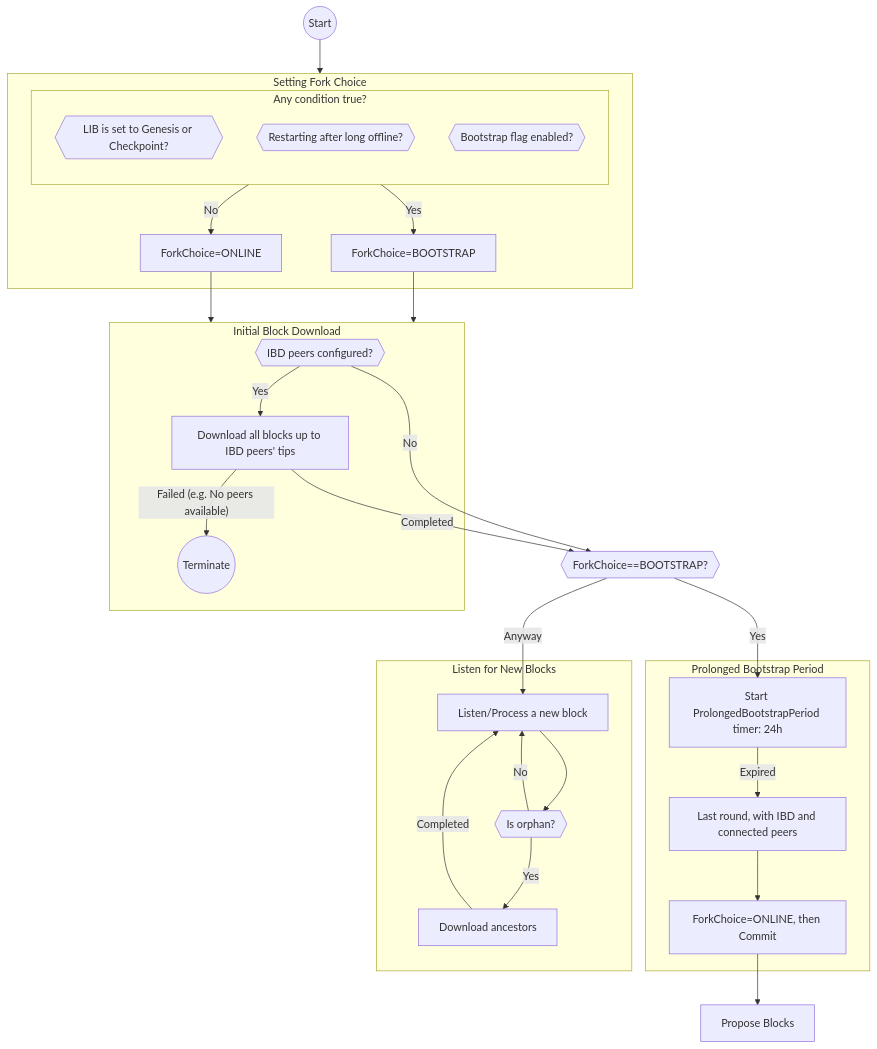
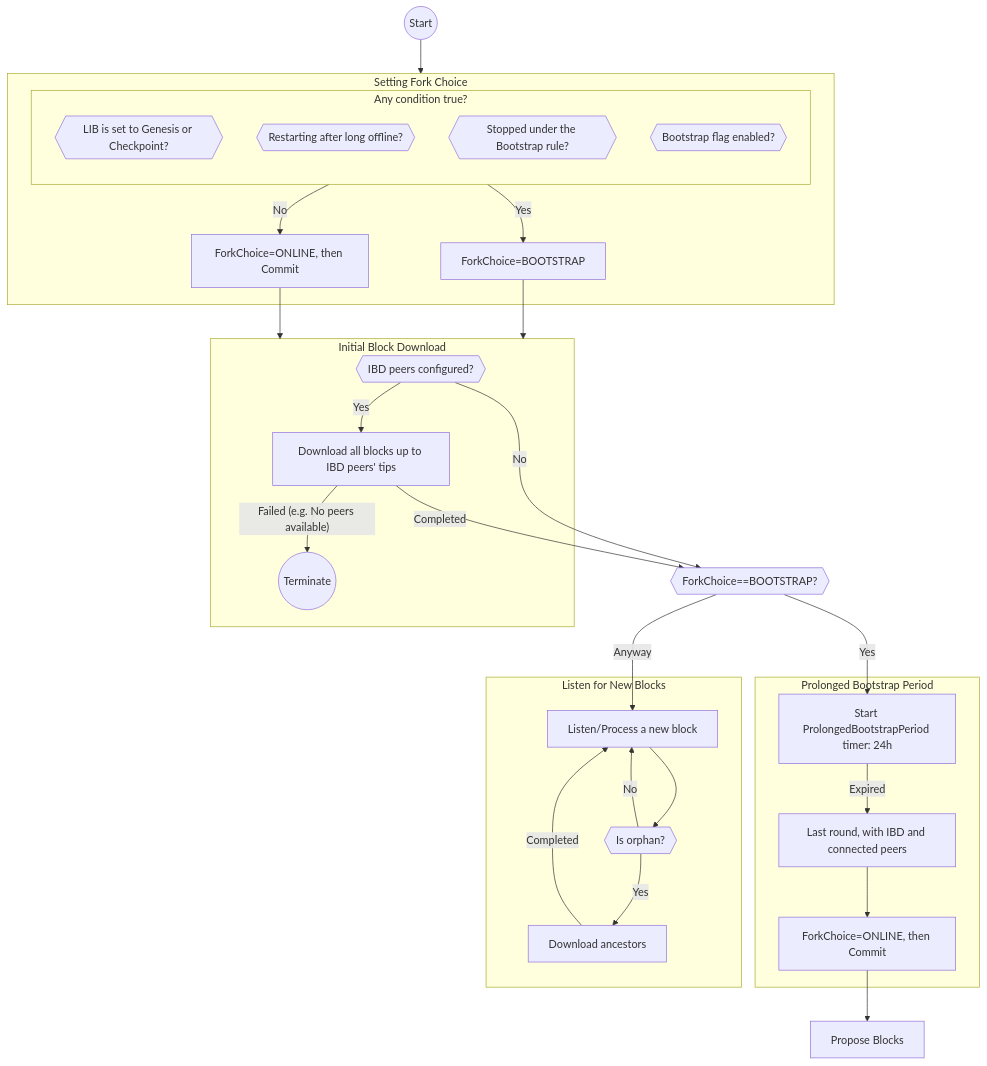
The first of 2 diagrams in docs/blockchain/raw/cryptarchia-v1-bootstr-sync.md (logos-co/logos-lips), drawn with Mermaid before and after one commit. The commit also changed other lines of this file and 1 other file, not shown here.

First line of the commit message:
docs(blockchain): restart under the Bootstrap rule after a stop under it, and commit at every start of the Online rule

````diff
--- a/docs/blockchain/raw/cryptarchia-v1-bootstr-sync.md
+++ b/docs/blockchain/raw/cryptarchia-v1-bootstr-sync.md
@@ -58,36 +58,37 @@
 ```mermaid
 flowchart TD
     Start@{shape: circle, label: "Start"} --> SettingForkChoice
     subgraph SettingForkChoice[Setting Fork Choice]
         subgraph CheckBoostrap[Any condition true?]
             direction TB
             Cond1{{LIB is set to Genesis or Checkpoint?}}
             Cond2{{Restarting after long offline?}}
-            Cond3{{Bootstrap flag enabled?}}
+            Cond3{{Stopped under the Bootstrap rule?}}
+            Cond4{{Bootstrap flag enabled?}}
         end
     CheckBoostrap -->|Yes| SetBootstrap[ForkChoice=BOOTSTRAP]
-    CheckBoostrap -->|No| SetOnline[ForkChoice=ONLINE]
+    CheckBoostrap -->|No| SetOnline["ForkChoice=ONLINE, then Commit"]
     end
 
     SetBootstrap --> IBD
     SetOnline --> IBD
     subgraph IBD[Initial Block Download]
       IBDPeersConfigured{{IBD peers configured?}} --> |Yes|DownloadUpToTips
         DownloadUpToTips[Download all blocks up to IBD peers' tips] --> |"Failed (e.g. No peers available)"| Terminate@{shape: circle, label: "Terminate"}
     end
     IBDPeersConfigured --> |No|IsBootstrapRule
     DownloadUpToTips -->|Completed|IsBootstrapRule
     IsBootstrapRule{{ForkChoice==BOOTSTRAP?}}
     IsBootstrapRule -->|Yes|StartBootstrapPeriod
     IsBootstrapRule -->|Anyway|NewBlocks
     subgraph Prolonged Bootstrap Period
         StartBootstrapPeriod[Start ProlongedBootstrapPeriod timer: 24h] --> |Expired|LastRound[Last round, with IBD and connected peers] --> SetOnlineAfterBootstrap["ForkChoice=ONLINE, then Commit"]
     end
     SetOnlineAfterBootstrap --> ProposeBlocks[Propose Blocks]
     subgraph ListenNewBlocks[Listen for New Blocks]
         NewBlocks[Listen/Process a new block] --> CheckOrphan{{Is orphan?}}
         CheckOrphan -->|Yes| HandleOrphan[Download ancestors]
         CheckOrphan -->|No| NewBlocks
         HandleOrphan --> |Completed|NewBlocks
     end
 ```
````
